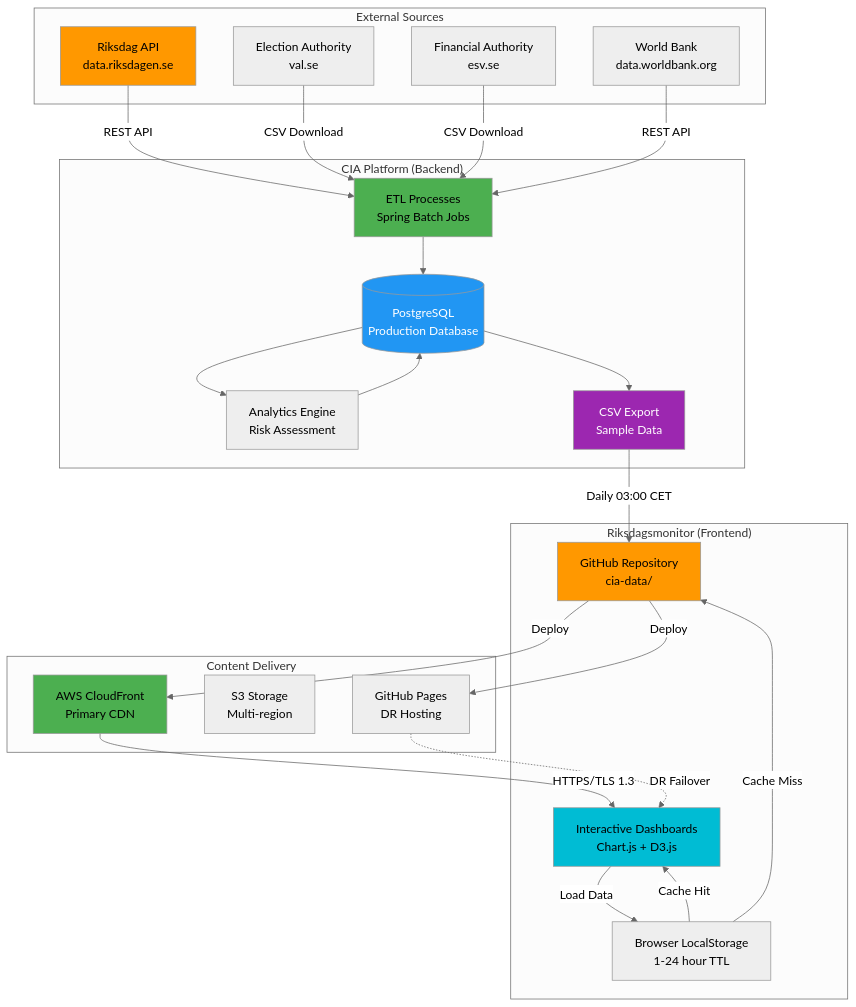
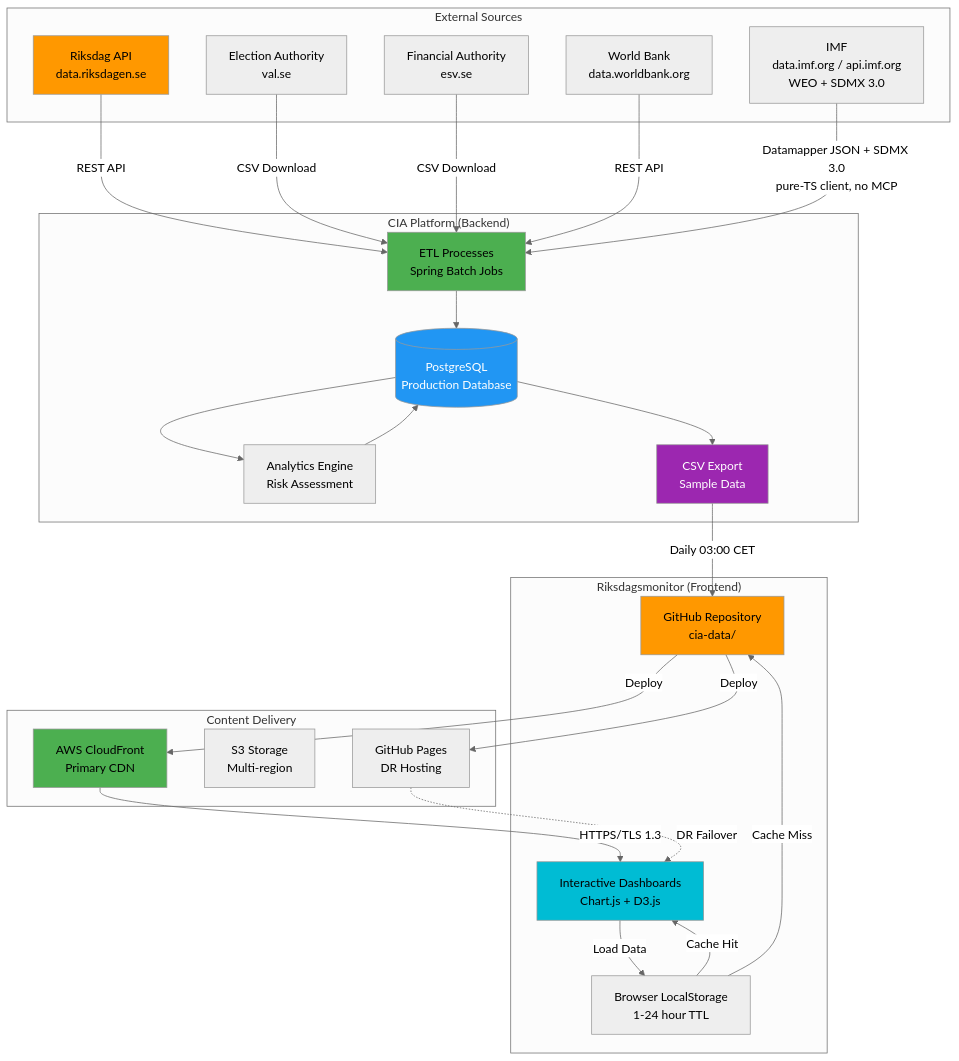
Before and after one commit to Hack23/riksdagsmonitor: the sixth of 9 diagrams in DATA_MODEL.md, drawn with Mermaid (neutral theme). The commit also changed other lines of this file and 12 other files, not shown here.

First line of the commit message:
docs: add IMF data source to README, architecture, threat, and 11 other ISMS docs

````diff
--- a/DATA_MODEL.md
+++ b/DATA_MODEL.md
@@ -1576,57 +1621,59 @@
 ```mermaid
 graph TB
     subgraph "External Sources"
         Riksdag[Riksdag API<br/>data.riksdagen.se]
         Election[Election Authority<br/>val.se]
         Finance[Financial Authority<br/>esv.se]
         WorldBank[World Bank<br/>data.worldbank.org]
+        IMF[IMF<br/>data.imf.org / api.imf.org<br/>WEO + SDMX 3.0]
     end
     
     subgraph "CIA Platform (Backend)"
         ETL[ETL Processes<br/>Spring Batch Jobs]
         DB[(PostgreSQL<br/>Production Database)]
         Analytics[Analytics Engine<br/>Risk Assessment]
         Export[CSV Export<br/>Sample Data]
     end
     
     subgraph "Riksdagsmonitor (Frontend)"
         GitHub[GitHub Repository<br/>cia-data/]
         LocalCache[Browser LocalStorage<br/>1-24 hour TTL]
         Dashboard[Interactive Dashboards<br/>Chart.js + D3.js]
     end
     
     subgraph "Content Delivery"
         CloudFront[AWS CloudFront<br/>Primary CDN]
         S3[S3 Storage<br/>Multi-region]
         GitHubPages[GitHub Pages<br/>DR Hosting]
     end
     
     Riksdag -->|REST API| ETL
     Election -->|CSV Download| ETL
     Finance -->|CSV Download| ETL
     WorldBank -->|REST API| ETL
+    IMF -->|Datamapper JSON + SDMX 3.0<br/>pure-TS client, no MCP| ETL
     
     ETL --> DB
     DB --> Analytics
     Analytics --> DB
     DB --> Export
     
     Export -->|Daily 03:00 CET| GitHub
     GitHub -->|Deploy| CloudFront
     GitHub -->|Deploy| GitHubPages
     
     CloudFront -->|HTTPS/TLS 1.3| Dashboard
     GitHubPages -.->|DR Failover| Dashboard
     
     Dashboard -->|Load Data| LocalCache
     LocalCache -->|Cache Hit| Dashboard
     LocalCache -->|Cache Miss| GitHub
     
     style Riksdag fill:#ff9800,color:#000000
     style ETL fill:#4caf50,color:#000000
     style DB fill:#2196f3,color:#ffffff
     style Export fill:#9c27b0,color:#ffffff
     style GitHub fill:#ff9800,color:#000000
     style CloudFront fill:#4caf50,color:#000000
     style Dashboard fill:#00bcd4,color:#000000
 ```
````
